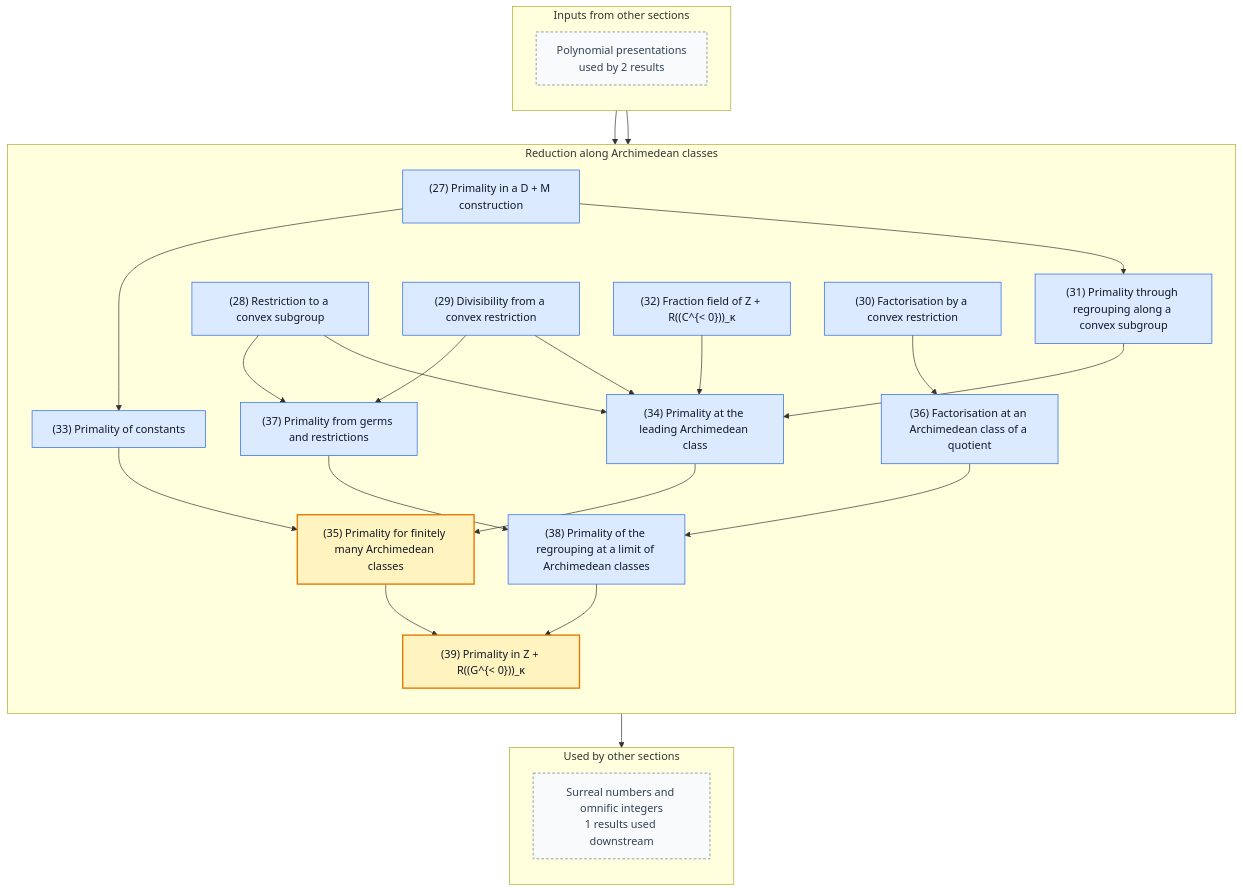
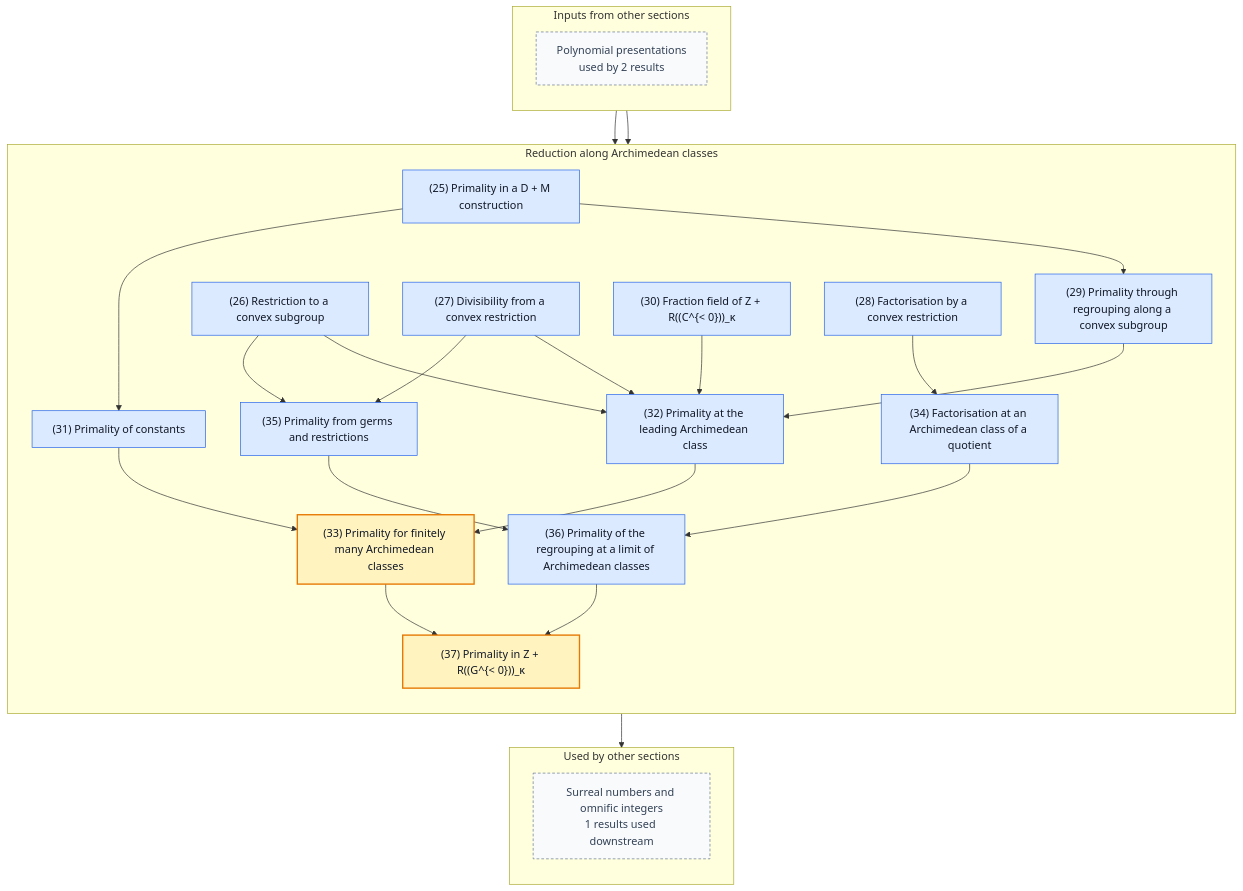
One commit to gaearon/conway-refinement changed the fourth of 5 diagrams in README.md. Above: the diagram before and after it, drawn with Mermaid. The commit also changed other lines of this file and 16 other files, not shown here.

````diff
--- a/README.md
+++ b/README.md
@@ -346,70 +338,70 @@
 ```mermaid
 %% Generated by scripts/blueprint.sh; do not edit.
 %% Other sections are compressed to boundary nodes.
 %% Solid arrows are proof dependencies; dashed arrows are statement dependencies.
 flowchart TB
   subgraph inputs["Inputs from other sections"]
     direction TB
     in0["Polynomial presentations<br/>used by 2 results"]:::boundary
   end
   subgraph current["Reduction along Archimedean classes"]
     direction TB
-    n027["(27) Primality in a D + M construction"]:::lemma
-    n028["(28) Restriction to a convex subgroup"]:::lemma
-    n029["(29) Divisibility from a convex restriction"]:::lemma
-    n030["(30) Factorisation by a convex restriction"]:::lemma
-    n031["(31) Primality through regrouping along a convex subgroup"]:::lemma
-    n032["(32) Fraction field of Z + R((C^{&lt; 0}))_κ"]:::lemma
-    n033["(33) Primality of constants"]:::lemma
-    n034["(34) Primality at the leading Archimedean class"]:::lemma
-    n035["(35) Primality for finitely many Archimedean classes"]:::theorem
-    n036["(36) Factorisation at an Archimedean class of a quotient"]:::lemma
-    n037["(37) Primality from germs and restrictions"]:::lemma
-    n038["(38) Primality of the regrouping at a limit of Archimedean classes"]:::lemma
-    n039["(39) Primality in Z + R((G^{&lt; 0}))_κ"]:::theorem
+    n025["(25) Primality in a D + M construction"]:::lemma
+    n026["(26) Restriction to a convex subgroup"]:::lemma
+    n027["(27) Divisibility from a convex restriction"]:::lemma
+    n028["(28) Factorisation by a convex restriction"]:::lemma
+    n029["(29) Primality through regrouping along a convex subgroup"]:::lemma
+    n030["(30) Fraction field of Z + R((C^{&lt; 0}))_κ"]:::lemma
+    n031["(31) Primality of constants"]:::lemma
+    n032["(32) Primality at the leading Archimedean class"]:::lemma
+    n033["(33) Primality for finitely many Archimedean classes"]:::theorem
+    n034["(34) Factorisation at an Archimedean class of a quotient"]:::lemma
+    n035["(35) Primality from germs and restrictions"]:::lemma
+    n036["(36) Primality of the regrouping at a limit of Archimedean classes"]:::lemma
+    n037["(37) Primality in Z + R((G^{&lt; 0}))_κ"]:::theorem
   end
   subgraph outputs["Used by other sections"]
     direction TB
     out0["Surreal numbers and omnific integers<br/>1 results used downstream"]:::boundary
   end
 
-  n027 --> n031
-  n027 --> n033
+  n025 --> n029
+  n025 --> n031
+  n026 --> n032
+  n027 --> n032
+  n029 --> n032
+  n030 --> n032
+  n031 --> n033
+  n032 --> n033
   n028 --> n034
-  n029 --> n034
-  n031 --> n034
-  n032 --> n034
-  n033 --> n035
-  n034 --> n035
-  n030 --> n036
-  n028 --> n037
-  n029 --> n037
-  n036 --> n038
-  n037 --> n038
-  n035 --> n039
-  n038 --> n039
-  in0 --> n034
-  in0 --> n037
-  n039 --> out0
-  click n027 "https://gaearon.github.io/conway-refinement/#/result/primality-in-d-plus-m" "Open the statement for lemma 27"
-  click n028 "https://gaearon.github.io/conway-refinement/#/result/convex-restriction-ring-hom" "Open the statement for lemma 28"
-  click n029 "https://gaearon.github.io/conway-refinement/#/result/divisibility-from-convex-restriction" "Open the statement for lemma 29"
-  click n030 "https://gaearon.github.io/conway-refinement/#/result/factorisation-by-convex-restriction" "Open the statement for lemma 30"
-  click n031 "https://gaearon.github.io/conway-refinement/#/result/primality-through-regrouping" "Open the statement for lemma 31"
-  click n032 "https://gaearon.github.io/conway-refinement/#/result/fraction-field-from-cofinality" "Open the statement for lemma 32"
-  click n033 "https://gaearon.github.io/conway-refinement/#/result/primality-of-constants" "Open the statement for lemma 33"
-  click n034 "https://gaearon.github.io/conway-refinement/#/result/primality-at-leading-class" "Open the statement for lemma 34"
-  click n035 "https://gaearon.github.io/conway-refinement/#/result/finite-support-classes-primality" "Open the statement for theorem 35"
-  click n036 "https://gaearon.github.io/conway-refinement/#/result/support-class-factorisation" "Open the statement for lemma 36"
-  click n037 "https://gaearon.github.io/conway-refinement/#/result/primality-from-germs" "Open the statement for lemma 37"
-  click n038 "https://gaearon.github.io/conway-refinement/#/result/regrouped-primality-at-limit" "Open the statement for lemma 38"
-  click n039 "https://gaearon.github.io/conway-refinement/#/result/hahn-integer-part-primality" "Open the statement for theorem 39"
+  n026 --> n035
+  n027 --> n035
+  n034 --> n036
+  n035 --> n036
+  n033 --> n037
+  n036 --> n037
+  in0 --> n032
+  in0 --> n035
+  n037 --> out0
+  click n025 "https://gaearon.github.io/conway-refinement/#/result/primality-in-d-plus-m" "Open the statement for lemma 25"
+  click n026 "https://gaearon.github.io/conway-refinement/#/result/convex-restriction-ring-hom" "Open the statement for lemma 26"
+  click n027 "https://gaearon.github.io/conway-refinement/#/result/divisibility-from-convex-restriction" "Open the statement for lemma 27"
+  click n028 "https://gaearon.github.io/conway-refinement/#/result/factorisation-by-convex-restriction" "Open the statement for lemma 28"
+  click n029 "https://gaearon.github.io/conway-refinement/#/result/primality-through-regrouping" "Open the statement for lemma 29"
+  click n030 "https://gaearon.github.io/conway-refinement/#/result/fraction-field-from-cofinality" "Open the statement for lemma 30"
+  click n031 "https://gaearon.github.io/conway-refinement/#/result/primality-of-constants" "Open the statement for lemma 31"
+  click n032 "https://gaearon.github.io/conway-refinement/#/result/primality-at-leading-class" "Open the statement for lemma 32"
+  click n033 "https://gaearon.github.io/conway-refinement/#/result/finite-support-classes-primality" "Open the statement for theorem 33"
+  click n034 "https://gaearon.github.io/conway-refinement/#/result/support-class-factorisation" "Open the statement for lemma 34"
+  click n035 "https://gaearon.github.io/conway-refinement/#/result/primality-from-germs" "Open the statement for lemma 35"
+  click n036 "https://gaearon.github.io/conway-refinement/#/result/regrouped-primality-at-limit" "Open the statement for lemma 36"
+  click n037 "https://gaearon.github.io/conway-refinement/#/result/hahn-integer-part-primality" "Open the statement for theorem 37"
 
   classDef theorem fill:#fff3bf,stroke:#e67700,stroke-width:2px,color:#111827
   classDef definition fill:#f3f4f6,stroke:#4b5563,color:#111827
   classDef lemma fill:#dbeafe,stroke:#2563eb,color:#111827
   classDef proposition fill:#ede9fe,stroke:#7c3aed,color:#111827
   classDef corollary fill:#dcfce7,stroke:#16a34a,color:#111827
   classDef fact fill:#fce7f3,stroke:#db2777,color:#111827
   classDef boundary fill:#f8fafc,stroke:#64748b,stroke-dasharray:4 3,color:#334155
 ```
````
